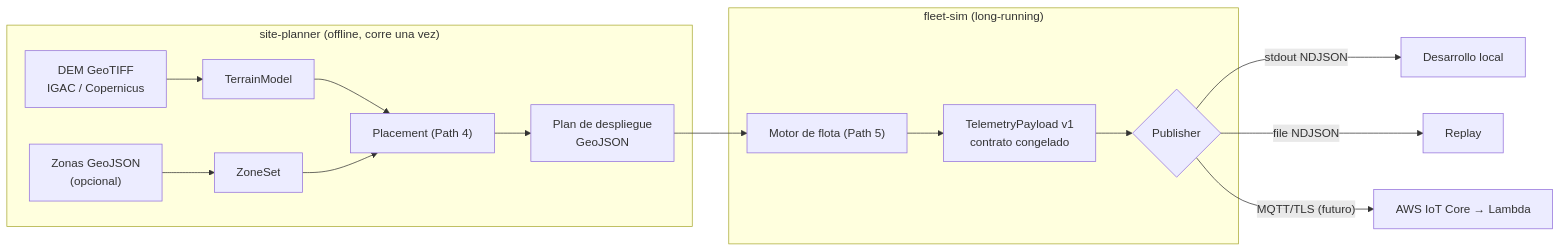
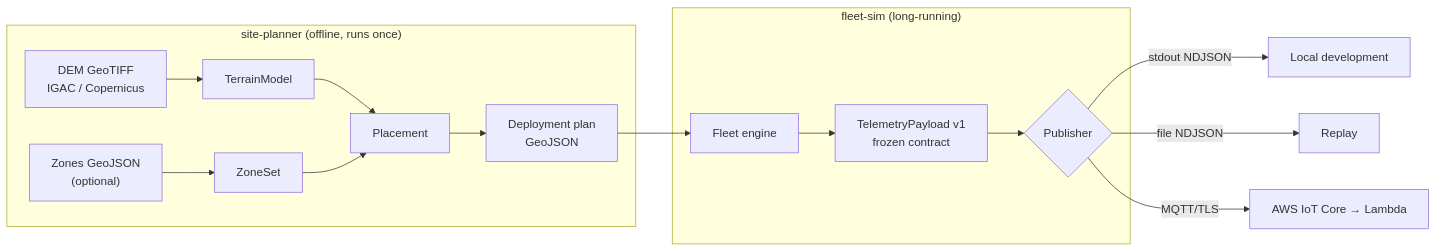
Before and after one commit to jssutachan/PyroSense-Simulator: the diagram in README.md, drawn with Mermaid. The commit also changed other lines of this file, not shown here.

````diff
--- a/README.md
+++ b/README.md
@@ -15,20 +16,20 @@
 ```mermaid
 flowchart LR
-    subgraph offline["site-planner (offline, corre una vez)"]
+    subgraph offline["site-planner (offline, runs once)"]
         DEM["DEM GeoTIFF<br/>IGAC / Copernicus"] --> TM[TerrainModel]
-        GJ["Zonas GeoJSON<br/>(opcional)"] --> ZS[ZoneSet]
-        TM --> PL["Placement (Path 4)"]
+        GJ["Zones GeoJSON<br/>(optional)"] --> ZS[ZoneSet]
+        TM --> PL["Placement"]
         ZS --> PL
-        PL --> PLAN["Plan de despliegue<br/>GeoJSON"]
+        PL --> PLAN["Deployment plan<br/>GeoJSON"]
     end
 
     subgraph online["fleet-sim (long-running)"]
-        PLAN --> FE["Motor de flota (Path 5)"]
-        FE --> TP["TelemetryPayload v1<br/>contrato congelado"]
+        PLAN --> FE["Fleet engine"]
+        FE --> TP["TelemetryPayload v1<br/>frozen contract"]
         TP --> PUB{Publisher}
     end
 
-    PUB -->|stdout NDJSON| DEV[Desarrollo local]
+    PUB -->|stdout NDJSON| DEV[Local development]
     PUB -->|file NDJSON| REPLAY[Replay]
-    PUB -->|"MQTT/TLS (futuro)"| AWS["AWS IoT Core → Lambda"]
+    PUB -->|"MQTT/TLS"| AWS["AWS IoT Core → Lambda"]
 ```
````
